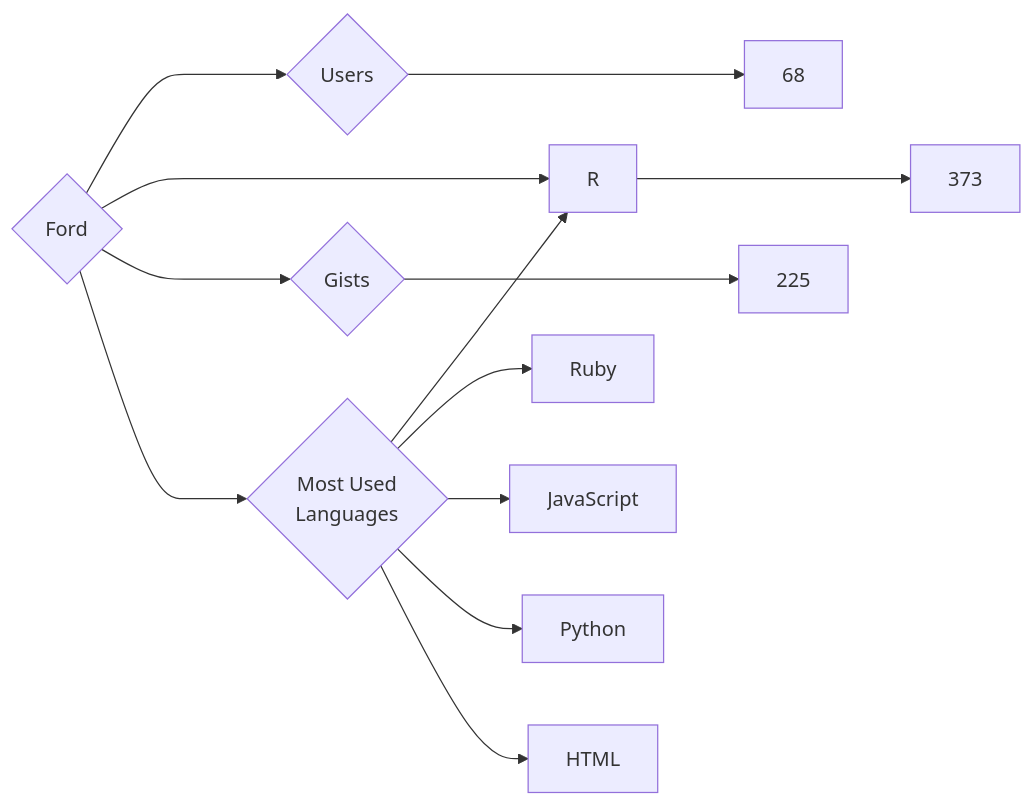
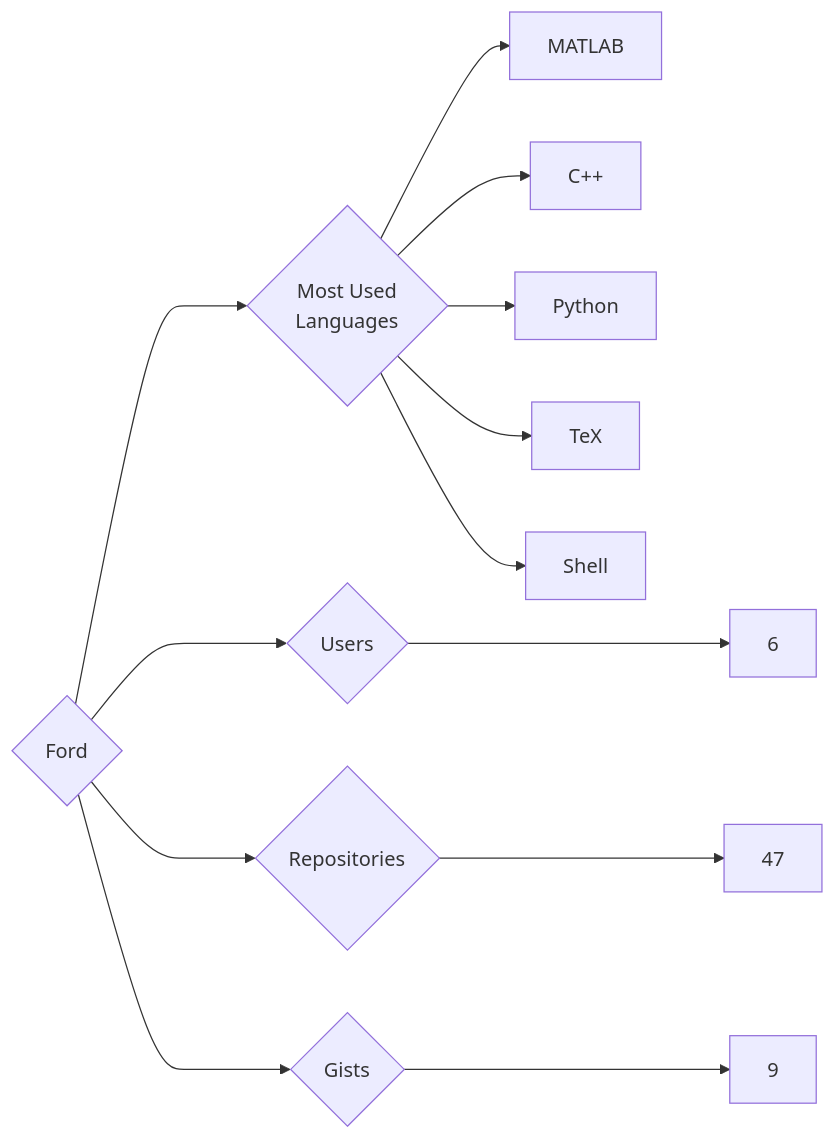
One commit to trickest/insiders changed the diagram in targets/Ford/README.md. Above: the diagram before and after it, drawn with Mermaid. The commit also changed 932 other files, not shown here.

````diff
--- a/targets/Ford/README.md
+++ b/targets/Ford/README.md
@@ -3,13 +3,13 @@
 ```mermaid
 graph LR
 COMPANY_NAME{Ford}
-COMPANY_NAME ---> U{Users} ---> UN[68]
-COMPANY_NAME ---> R{Repositories} ---> RN[373]
-COMPANY_NAME ---> G{Gists} ---> GN[225]
+COMPANY_NAME ---> U{Users} ---> UN[6]
+COMPANY_NAME ---> R{Repositories} ---> RN[47]
+COMPANY_NAME ---> G{Gists} ---> GN[9]
 COMPANY_NAME ---> ML{Most Used<br>Languages}
-ML --> R[R]
-ML --> Ruby[Ruby]
-ML --> JavaScript[JavaScript]
+ML --> MATLAB[MATLAB]
+ML --> C++[C++]
 ML --> Python[Python]
-ML --> HTML[HTML]
+ML --> TeX[TeX]
+ML --> Shell[Shell]
 ```
````
